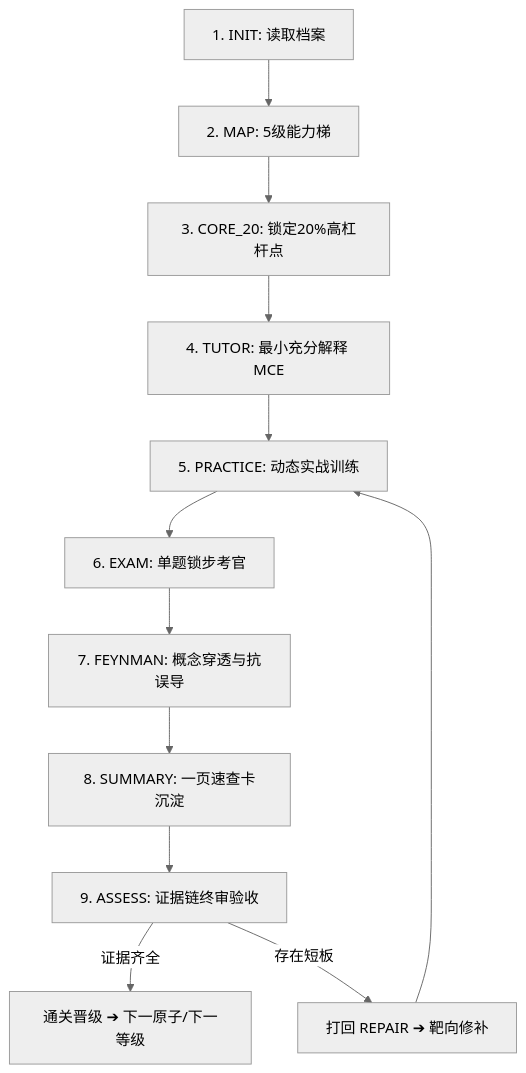
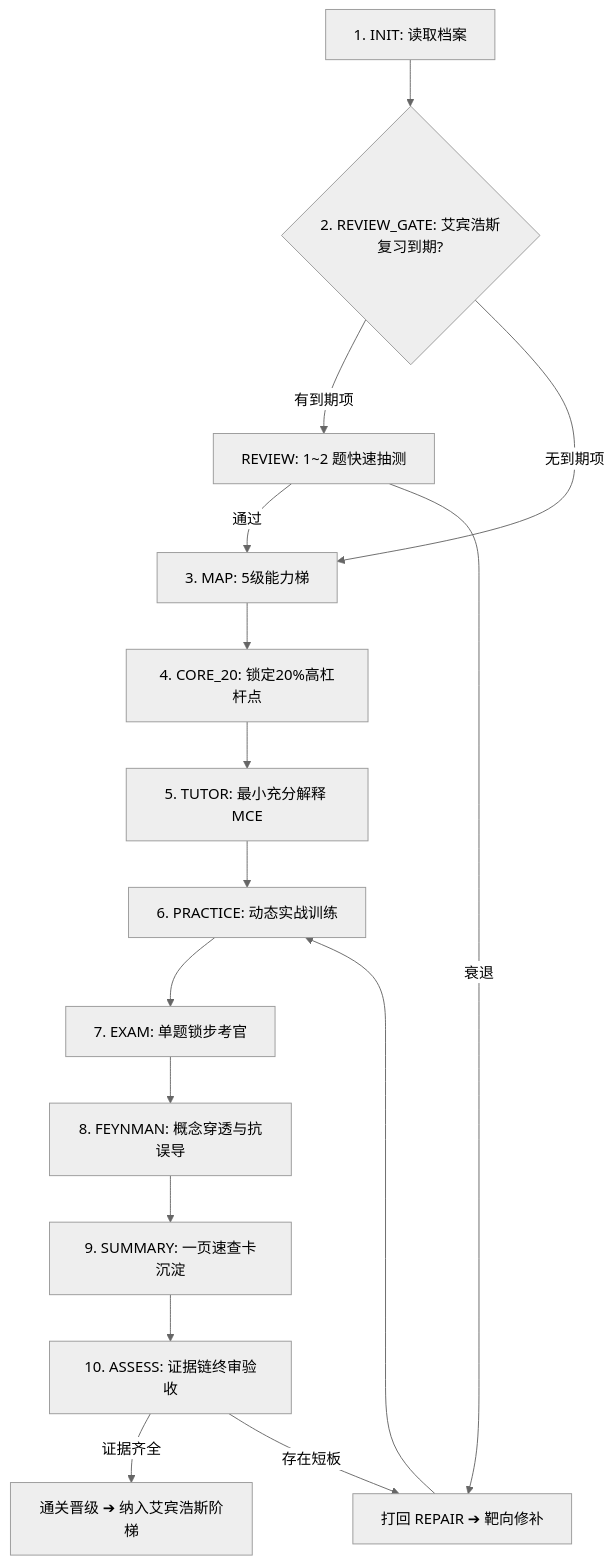
Before and after one commit to 1183213030/ai-learning-coach: the diagram in docs/USER_GUIDE.md, drawn with Mermaid (neutral theme). The commit also changed other lines of this file and 10 other files, not shown here.

````diff
--- a/docs/USER_GUIDE.md
+++ b/docs/USER_GUIDE.md
@@ -58,14 +58,18 @@
 ```mermaid
 graph TD
-    INIT[1. INIT: 读取档案] --> MAP[2. MAP: 5级能力梯]
-    MAP --> CORE_20[3. CORE_20: 锁定20%高杠杆点]
-    CORE_20 --> TUTOR[4. TUTOR: 最小充分解释 MCE]
-    TUTOR --> PRACTICE[5. PRACTICE: 动态实战训练]
-    PRACTICE --> EXAM[6. EXAM: 单题锁步考官]
-    EXAM --> FEYNMAN[7. FEYNMAN: 概念穿透与抗误导]
-    FEYNMAN --> SUMMARY[8. SUMMARY: 一页速查卡沉淀]
-    SUMMARY --> ASSESS[9. ASSESS: 证据链终审验收]
-    ASSESS -->|证据齐全| MASTERED[通关晋级 ➔ 下一原子/下一等级]
-    ASSESS -->|存在短板| WEAK[打回 REPAIR ➔ 靶向修补]
+    INIT[1. INIT: 读取档案] --> REVIEW_GATE{2. REVIEW_GATE: 艾宾浩斯复习到期?}
+    REVIEW_GATE -->|有到期项| SPOT_EXAM[REVIEW: 1~2 题快速抽测]
+    SPOT_EXAM -->|通过| MAP[3. MAP: 5级能力梯]
+    SPOT_EXAM -->|衰退| WEAK[打回 REPAIR ➔ 靶向修补]
+    REVIEW_GATE -->|无到期项| MAP
+    MAP --> CORE_20[4. CORE_20: 锁定20%高杠杆点]
+    CORE_20 --> TUTOR[5. TUTOR: 最小充分解释 MCE]
+    TUTOR --> PRACTICE[6. PRACTICE: 动态实战训练]
+    PRACTICE --> EXAM[7. EXAM: 单题锁步考官]
+    EXAM --> FEYNMAN[8. FEYNMAN: 概念穿透与抗误导]
+    FEYNMAN --> SUMMARY[9. SUMMARY: 一页速查卡沉淀]
+    SUMMARY --> ASSESS[10. ASSESS: 证据链终审验收]
+    ASSESS -->|证据齐全| MASTERED[通关晋级 ➔ 纳入艾宾浩斯阶梯]
+    ASSESS -->|存在短板| WEAK
     WEAK --> PRACTICE
 ```
````
